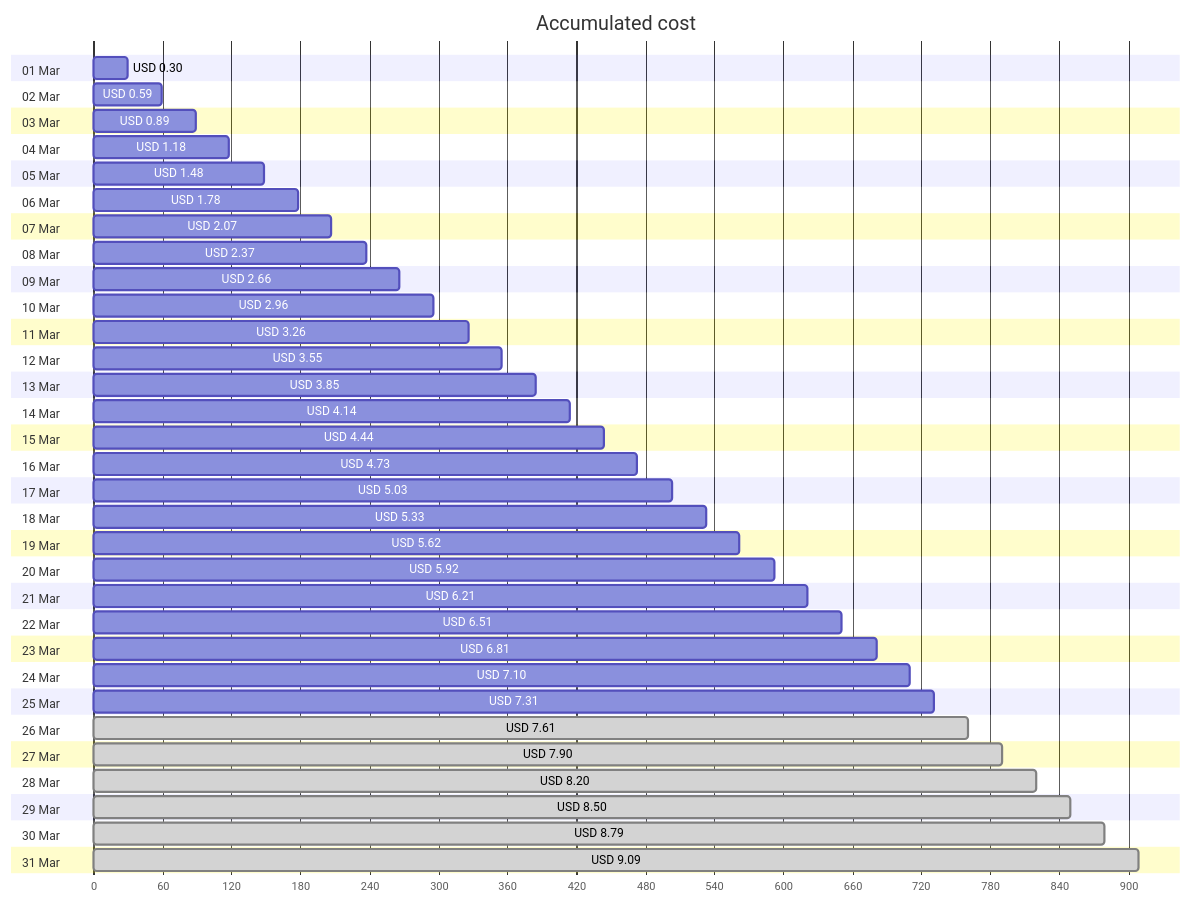
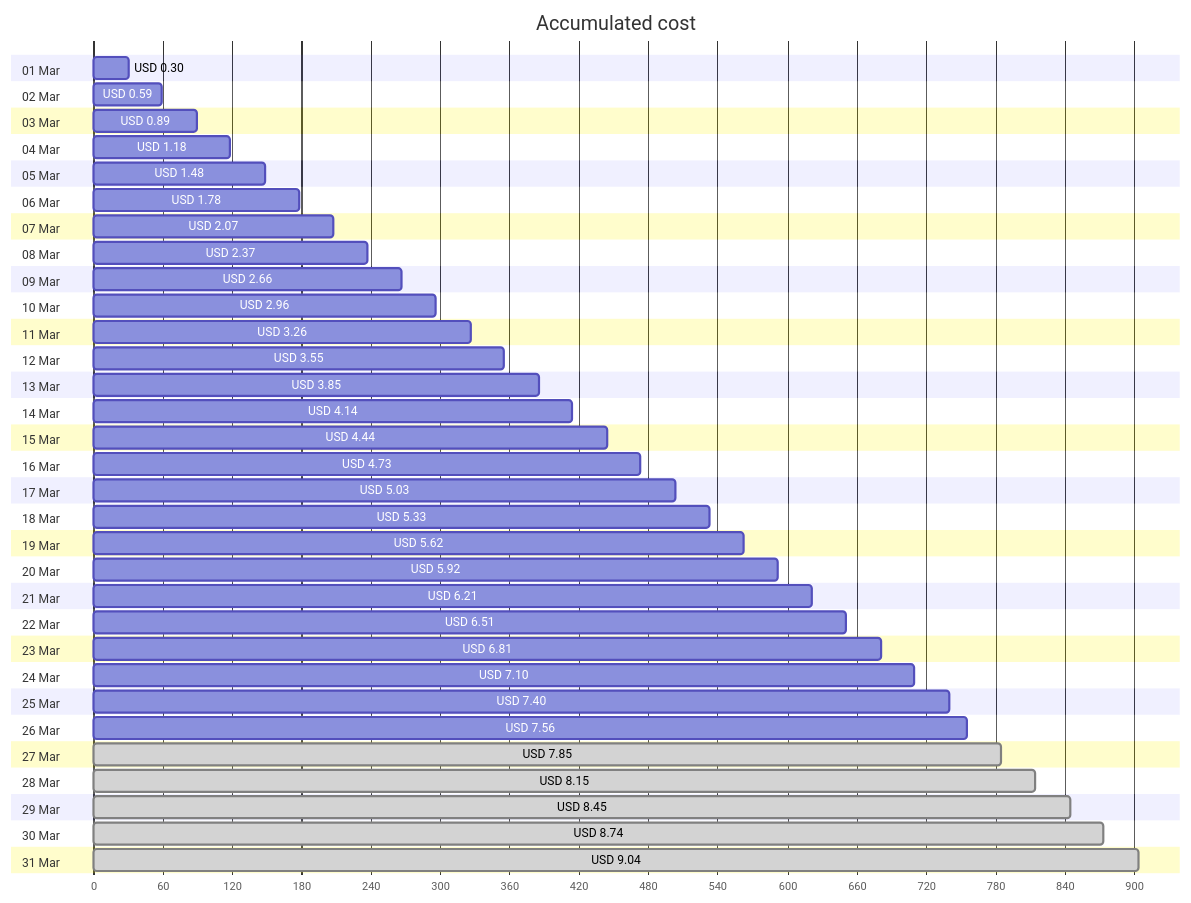
The first of 4 diagrams in cost-reports/personal-site/personal-site.md (jpfulton/azure-personal-reports), drawn with Mermaid before and after one commit. The commit also changed other lines of this file and 6 other files, not shown here.

````diff
--- a/cost-reports/personal-site/personal-site.md
+++ b/cost-reports/personal-site/personal-site.md
@@ -20,68 +20,68 @@
 ```mermaid
 gantt
    title Accumulated cost
    dateFormat  X
    axisFormat %s
    section 01 Mar
    USD 0.30 :0, 30
    section 02 Mar
    USD 0.59 :0, 59
    section 03 Mar
    USD 0.89 :0, 89
    section 04 Mar
    USD 1.18 :0, 118
    section 05 Mar
    USD 1.48 :0, 148
    section 06 Mar
    USD 1.78 :0, 178
    section 07 Mar
    USD 2.07 :0, 207
    section 08 Mar
    USD 2.37 :0, 237
    section 09 Mar
    USD 2.66 :0, 266
    section 10 Mar
    USD 2.96 :0, 296
    section 11 Mar
    USD 3.26 :0, 326
    section 12 Mar
    USD 3.55 :0, 355
    section 13 Mar
    USD 3.85 :0, 385
    section 14 Mar
    USD 4.14 :0, 414
    section 15 Mar
    USD 4.44 :0, 444
    section 16 Mar
    USD 4.73 :0, 473
    section 17 Mar
    USD 5.03 :0, 503
    section 18 Mar
    USD 5.33 :0, 533
    section 19 Mar
    USD 5.62 :0, 562
    section 20 Mar
    USD 5.92 :0, 592
    section 21 Mar
    USD 6.21 :0, 621
    section 22 Mar
    USD 6.51 :0, 651
    section 23 Mar
    USD 6.81 :0, 681
    section 24 Mar
    USD 7.10 :0, 710
    section 25 Mar
-   USD 7.31 :0, 731
+   USD 7.40 :0, 740
    section 26 Mar
-   USD 7.61 : done, 0, 761
+   USD 7.56 :0, 756
    section 27 Mar
-   USD 7.90 : done, 0, 790
+   USD 7.85 : done, 0, 785
    section 28 Mar
-   USD 8.20 : done, 0, 820
+   USD 8.15 : done, 0, 815
    section 29 Mar
-   USD 8.50 : done, 0, 850
+   USD 8.45 : done, 0, 845
    section 30 Mar
-   USD 8.79 : done, 0, 879
+   USD 8.74 : done, 0, 874
    section 31 Mar
-   USD 9.09 : done, 0, 909
+   USD 9.04 : done, 0, 904
 ```
````
